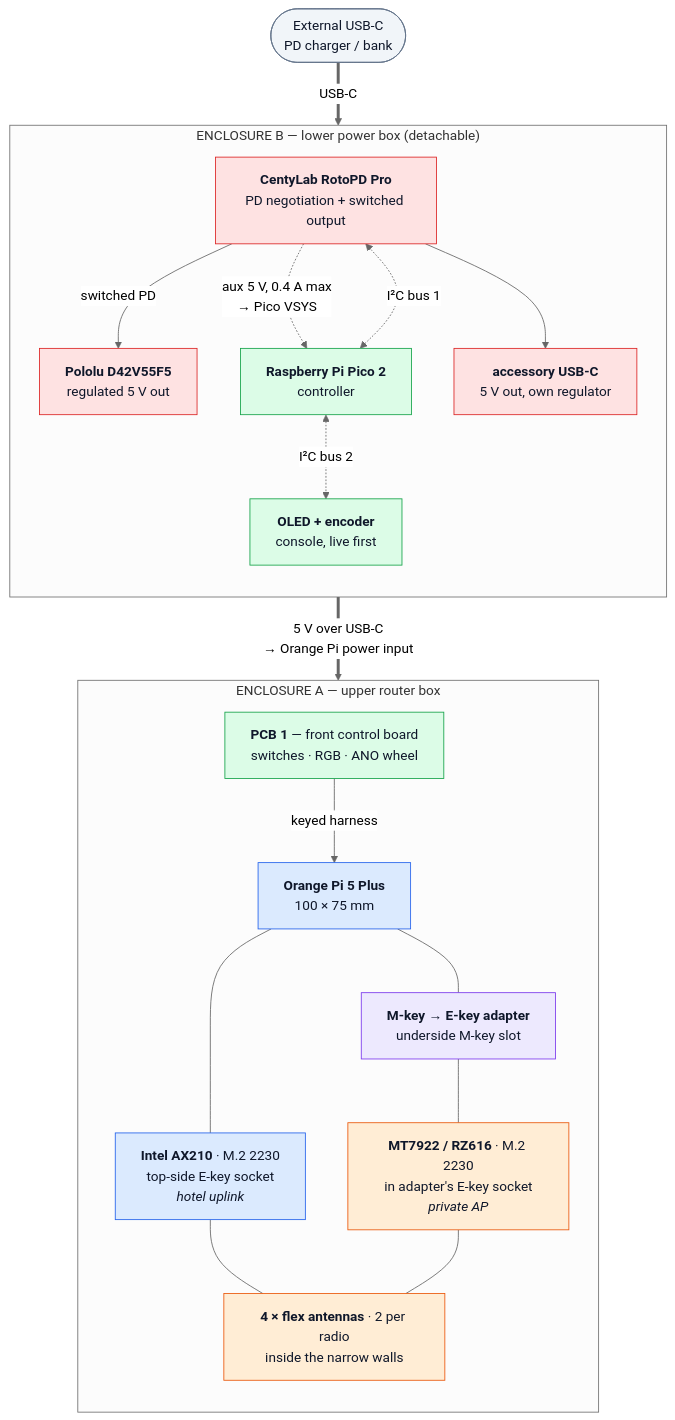
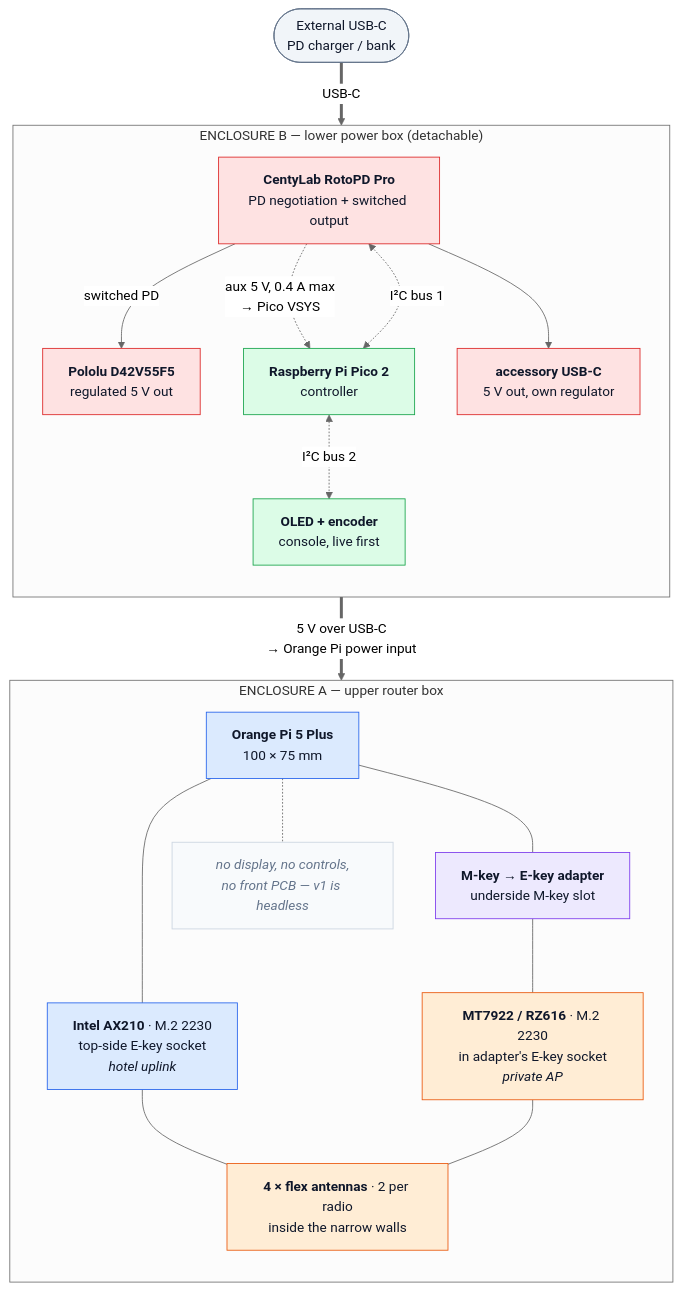
Before and after one commit to ParkWardRR/vezha: the diagram in docs/01-architecture.md, drawn with Mermaid (neutral theme). The commit also changed other lines of this file and 13 other files, not shown here.

````diff
--- a/docs/01-architecture.md
+++ b/docs/01-architecture.md
@@ -31,45 +78,46 @@
 ```mermaid
 flowchart TB
     CHG([External USB-C<br/>PD charger / bank]):::ext
 
     subgraph B["ENCLOSURE B — lower power box (detachable)"]
         direction TB
         ROTO["<b>CentyLab RotoPD Pro</b><br/>PD negotiation + switched output"]:::pwr
         PICO["<b>Raspberry Pi Pico 2</b><br/>controller"]:::ctl
         POLOLU["<b>Pololu D42V55F5</b><br/>regulated 5 V out"]:::pwr
         CON["<b>OLED + encoder</b><br/>console, live first"]:::ctl
         ACC["<b>accessory USB-C</b><br/>5 V out, own regulator"]:::pwr
         ROTO -->|switched PD| POLOLU
         ROTO -.->|"aux 5 V, 0.4 A max<br/>→ Pico VSYS"| PICO
         PICO <-.->|"I²C bus 1"| ROTO
         PICO <-.->|"I²C bus 2"| CON
         ROTO --> ACC
     end
 
     subgraph A["ENCLOSURE A — upper router box"]
         direction TB
         PI["<b>Orange Pi 5 Plus</b><br/>100 × 75 mm"]:::core
         AX["<b>Intel AX210</b> · M.2 2230<br/>top-side E-key socket<br/><i>hotel uplink</i>"]:::up
         ADP["<b>M-key → E-key adapter</b><br/>underside M-key slot"]:::adp
         MT["<b>MT7922 / RZ616</b> · M.2 2230<br/>in adapter's E-key socket<br/><i>private AP</i>"]:::ap
         ANT["<b>4 × flex antennas</b> · 2 per radio<br/>inside the narrow walls"]:::ant
-        PCB1["<b>PCB 1</b> — front control board<br/>switches · RGB · ANO wheel"]:::ctl
+        HL["<i>no display, no controls,<br/>no front PCB — v1 is headless</i>"]:::ghost
         PI --- AX
         PI --- ADP --- MT
         AX --- ANT
         MT --- ANT
-        PCB1 -->|keyed harness| PI
+        PI -.- HL
     end
 
     CHG ==>|USB-C| ROTO
     POLOLU ==>|"5 V over USB-C<br/>→ Orange Pi power input"| PI
 
     classDef ext fill:#f1f5f9,stroke:#64748b,color:#0f172a
     classDef pwr fill:#fee2e2,stroke:#dc2626,color:#0f172a
     classDef ctl fill:#dcfce7,stroke:#16a34a,color:#0f172a
     classDef core fill:#dbeafe,stroke:#2563eb,color:#0f172a
     classDef up fill:#dbeafe,stroke:#2563eb,color:#0f172a
     classDef ap fill:#ffedd5,stroke:#ea580c,color:#0f172a
     classDef adp fill:#ede9fe,stroke:#7c3aed,color:#0f172a
     classDef ant fill:#ffedd5,stroke:#ea580c,color:#0f172a
+    classDef ghost fill:#f8fafc,stroke:#cbd5e1,color:#64748b
 ```
````
